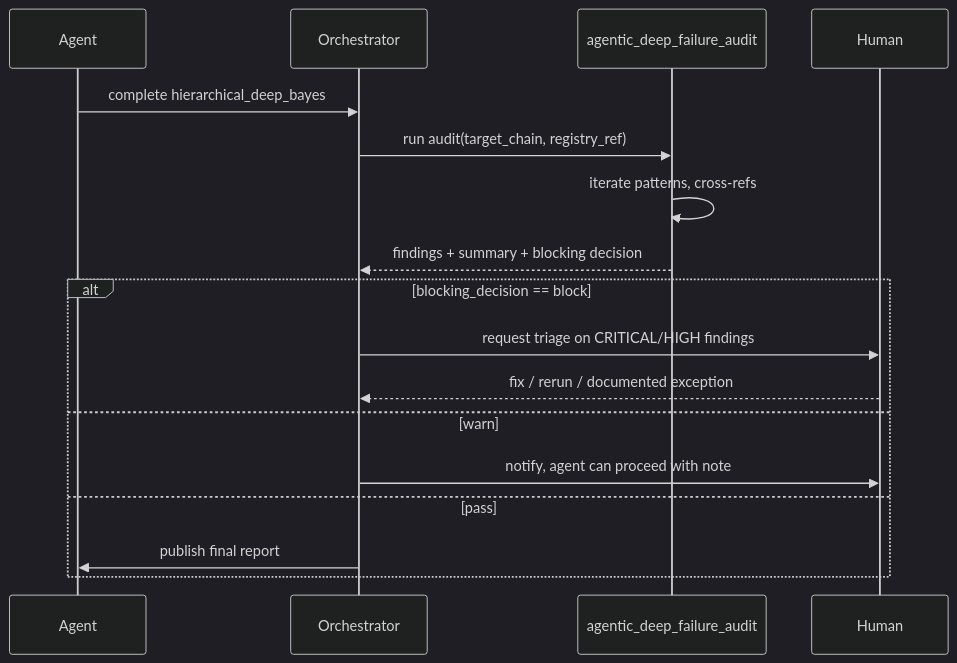
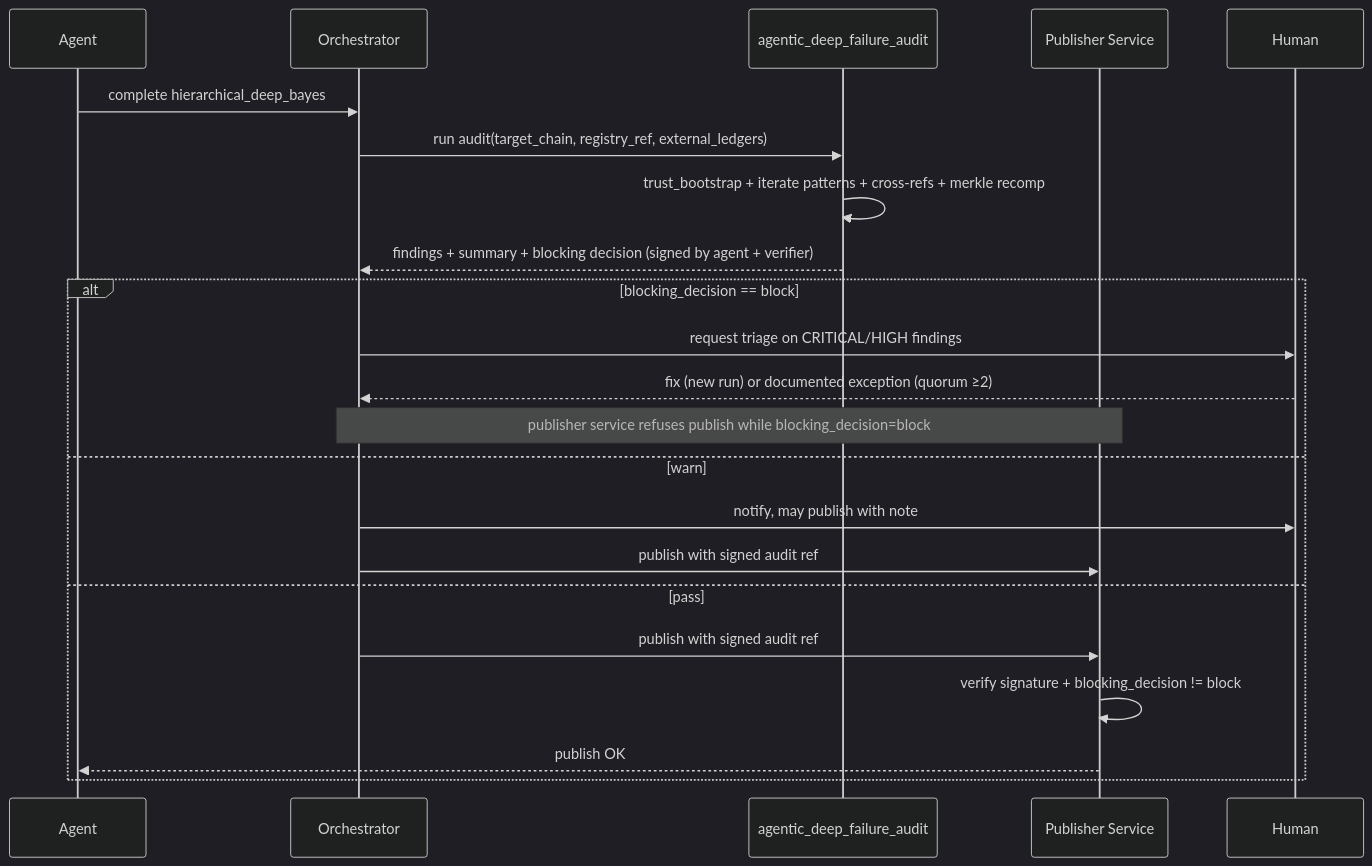
Before and after one commit to nahisaho/ARIMAgentDataAnalysisBook: the second of 2 diagrams in papers/vol-03/chapter-14.md, drawn with Mermaid (dark theme). The commit also changed other lines of this file, not shown here.

First line of the commit message:
book(vol-03): ch14 rubber-duck fixes (16 findings)

````diff
--- a/papers/vol-03/chapter-14.md
+++ b/papers/vol-03/chapter-14.md
@@ -438,20 +720,25 @@
 ```mermaid
 sequenceDiagram
   participant A as Agent
   participant O as Orchestrator
   participant AU as agentic_deep_failure_audit
+  participant PB as Publisher Service
   participant H as Human
 
   A->>O: complete hierarchical_deep_bayes
-  O->>AU: run audit(target_chain, registry_ref)
-  AU->>AU: iterate patterns, cross-refs
-  AU-->>O: findings + summary + blocking decision
+  O->>AU: run audit(target_chain, registry_ref, external_ledgers)
+  AU->>AU: trust_bootstrap + iterate patterns + cross-refs + merkle recomp
+  AU-->>O: findings + summary + blocking decision (signed by agent + verifier)
   alt blocking_decision == block
     O->>H: request triage on CRITICAL/HIGH findings
-    H-->>O: fix / rerun / documented exception
+    H-->>O: fix (new run) or documented exception (quorum ≥2)
+    Note over O,PB: publisher service refuses publish while blocking_decision=block
   else warn
-    O->>H: notify, agent can proceed with note
+    O->>H: notify, may publish with note
+    O->>PB: publish with signed audit ref
   else pass
-    O->>A: publish final report
+    O->>PB: publish with signed audit ref
+    PB->>PB: verify signature + blocking_decision != block
+    PB-->>A: publish OK
   end
 ```
````
